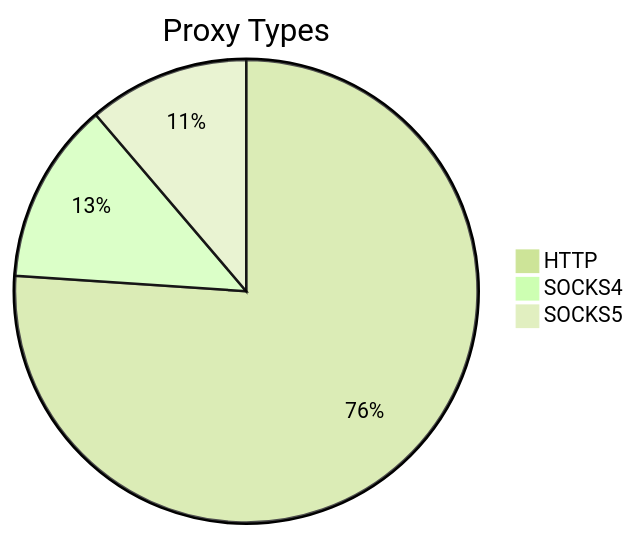
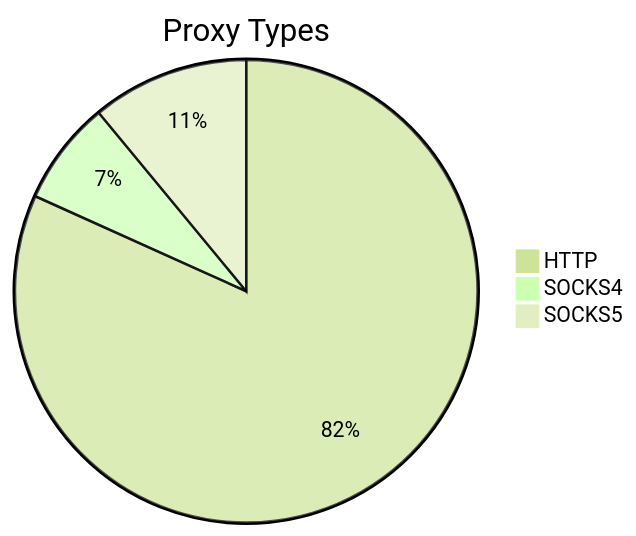
Before and after one commit to stormsia/proxy-list: the first of 2 diagrams in README.md, drawn with Mermaid (forest theme). The commit also changed other lines of this file, not shown here.

````diff
--- a/README.md
+++ b/README.md
@@ -21,6 +21,6 @@
 ```mermaid
 pie title Proxy Types
-    "HTTP" : 677
-    "SOCKS4" : 113
-    "SOCKS5" : 100
+    "HTTP" : 461
+    "SOCKS4" : 41
+    "SOCKS5" : 62
 ```
````
